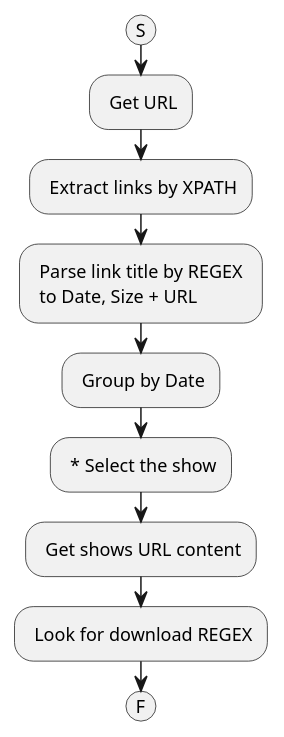
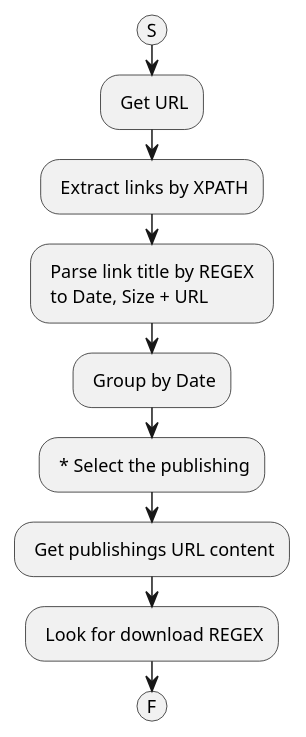
One commit to marcin-jozwikowski/rssReader changed the diagram in Docs/GeneralFlow.puml. Above: the diagram before and after it, drawn with PlantUML. The commit also changed 11 other files, not shown here.

Commit message:
Publishing instead of Show

```diff
--- a/Docs/GeneralFlow.puml
+++ b/Docs/GeneralFlow.puml
@@ -1,13 +1,13 @@
 @startuml
 
 (S)
 - Get URL
 - Extract links by XPATH
 - Parse link title by REGEX \r to Date, Size + URL
 - Group by Date
-- * Select the show
-- Get shows URL content
+- * Select the publishing
+- Get publishings URL content
 - Look for download REGEX
 (F)
 
 @enduml
```
